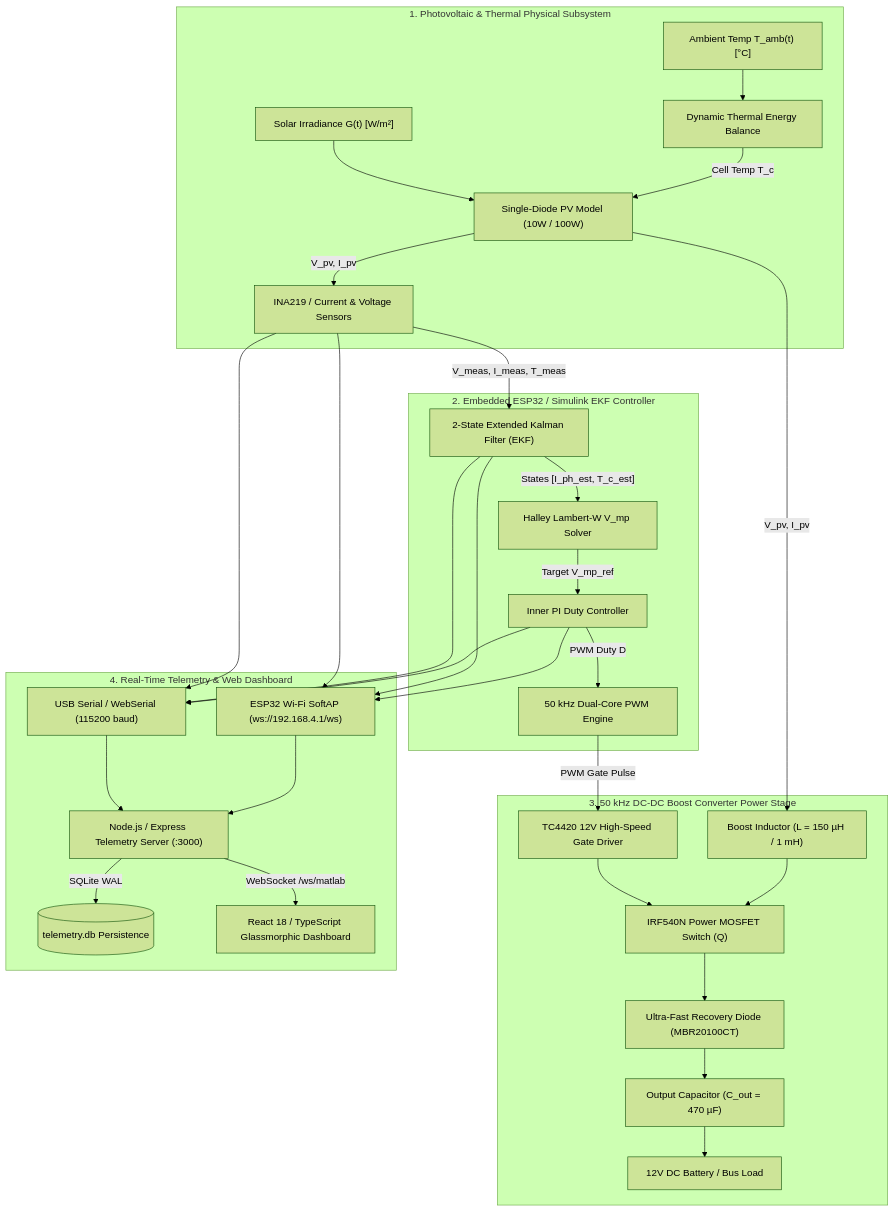
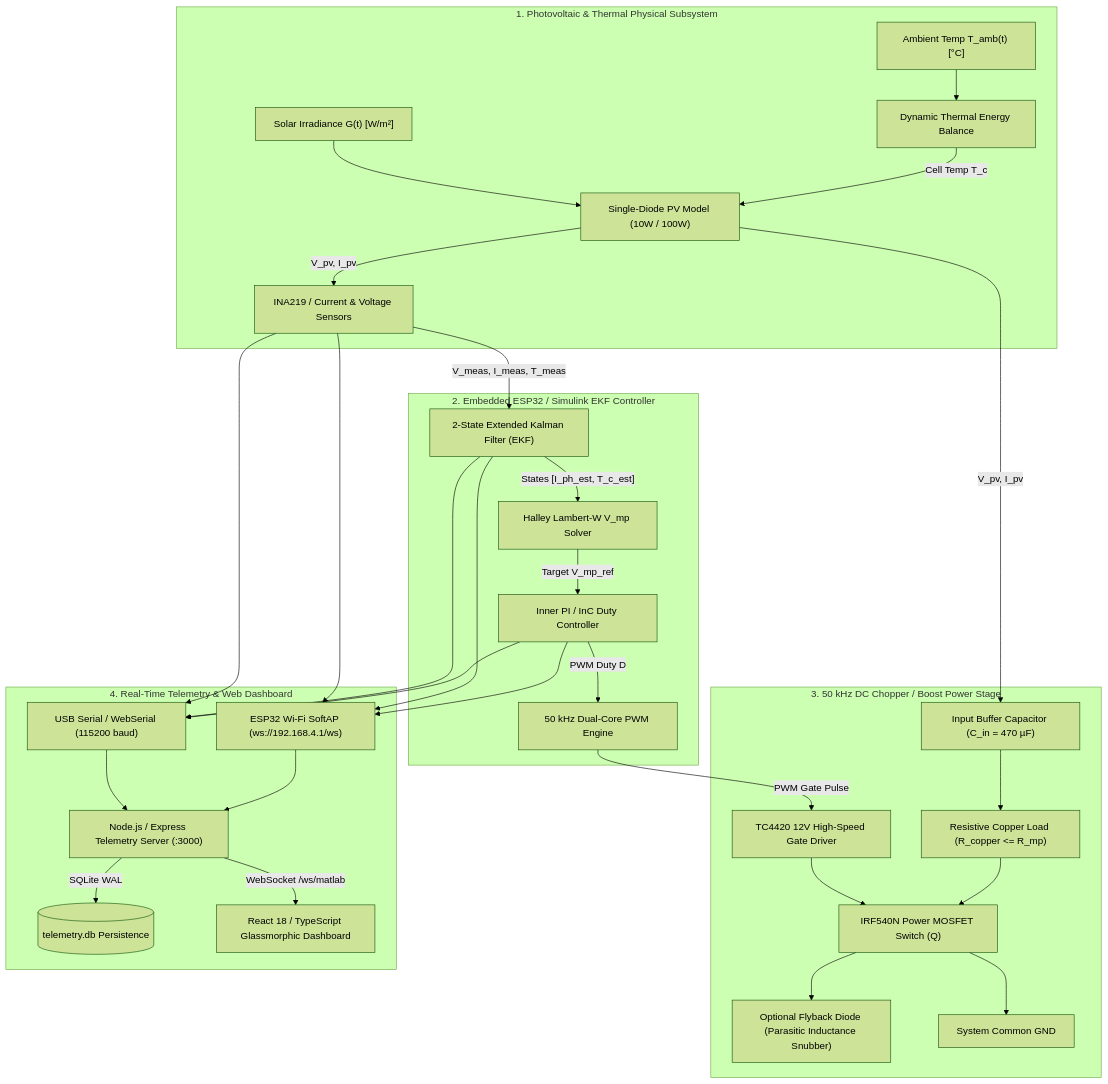
Before and after one commit to siddu1004/renewable_energy_technology_dashboard: the first of 4 diagrams in README.md, drawn with Mermaid (forest theme). The commit also changed other lines of this file and 1 other file, not shown here.

Commit message:
docs: document 50 kHz DC resistive chopper with copper load vs boost converter

````diff
--- a/README.md
+++ b/README.md
@@ -24,34 +24,34 @@
 ```mermaid
 graph TD
     subgraph Sub1["1. Photovoltaic & Thermal Physical Subsystem"]
         G["Solar Irradiance G(t) [W/m²]"] --> PV["Single-Diode PV Model (10W / 100W)"]
         Tamb["Ambient Temp T_amb(t) [°C]"] --> Thermal["Dynamic Thermal Energy Balance"]
         Thermal -->|"Cell Temp T_c"| PV
         PV -->|"V_pv, I_pv"| Sensors["INA219 / Current & Voltage Sensors"]
     end
 
     subgraph Sub2["2. Embedded ESP32 / Simulink EKF Controller"]
         Sensors -->|"V_meas, I_meas, T_meas"| EKF["2-State Extended Kalman Filter (EKF)"]
         EKF -->|"States [I_ph_est, T_c_est]"| LambertW["Halley Lambert-W V_mp Solver"]
-        LambertW -->|"Target V_mp_ref"| DutyCtrl["Inner PI Duty Controller"]
+        LambertW -->|"Target V_mp_ref"| DutyCtrl["Inner PI / InC Duty Controller"]
         DutyCtrl -->|"PWM Duty D"| PWMGen["50 kHz Dual-Core PWM Engine"]
     end
 
-    subgraph Sub3["3. 50 kHz DC-DC Boost Converter Power Stage"]
+    subgraph Sub3["3. 50 kHz DC Chopper / Boost Power Stage"]
         PWMGen -->|"PWM Gate Pulse"| Driver["TC4420 12V High-Speed Gate Driver"]
         Driver --> MOSFET["IRF540N Power MOSFET Switch (Q)"]
-        PV -->|"V_pv, I_pv"| Inductor["Boost Inductor (L = 150 µH / 1 mH)"]
-        Inductor --> MOSFET
-        MOSFET --> Diode["Ultra-Fast Recovery Diode (MBR20100CT)"]
-        Diode --> OutCap["Output Capacitor (C_out = 470 µF)"]
-        OutCap --> Load["12V DC Battery / Bus Load"]
+        PV -->|"V_pv, I_pv"| InCap["Input Buffer Capacitor (C_in = 470 µF)"]
+        InCap --> CopperLoad["Resistive Copper Load (R_copper <= R_mp)"]
+        CopperLoad --> MOSFET
+        MOSFET --> Flyback["Optional Flyback Diode (Parasitic Inductance Snubber)"]
+        MOSFET --> GND["System Common GND"]
     end
 
     subgraph Sub4["4. Real-Time Telemetry & Web Dashboard"]
         Sensors & EKF & DutyCtrl --> USB["USB Serial / WebSerial (115200 baud)"]
         Sensors & EKF & DutyCtrl --> WS_ESP["ESP32 Wi-Fi SoftAP (ws://192.168.4.1/ws)"]
         USB & WS_ESP --> NodeAPI["Node.js / Express Telemetry Server (:3000)"]
         NodeAPI -->|"SQLite WAL"| DB[("telemetry.db Persistence")]
         NodeAPI -->|"WebSocket /ws/matlab"| ReactUI["React 18 / TypeScript Glassmorphic Dashboard"]
     end
 ```
````
